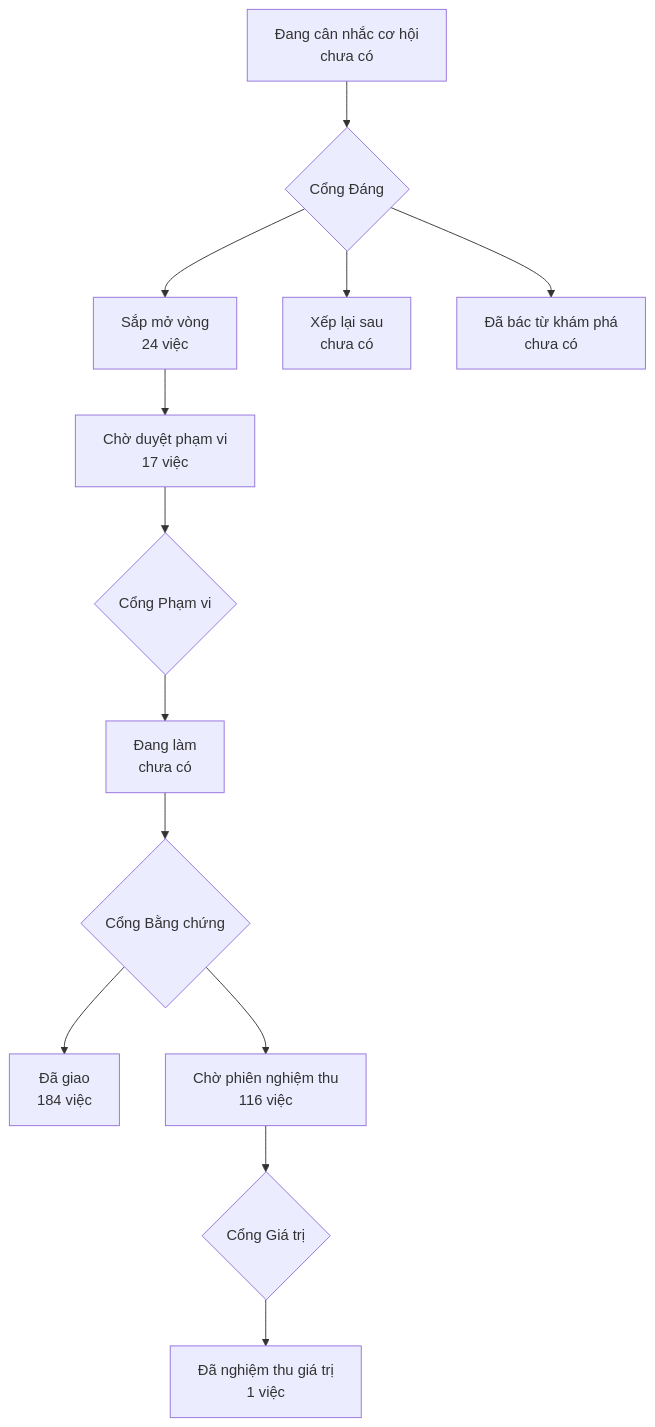
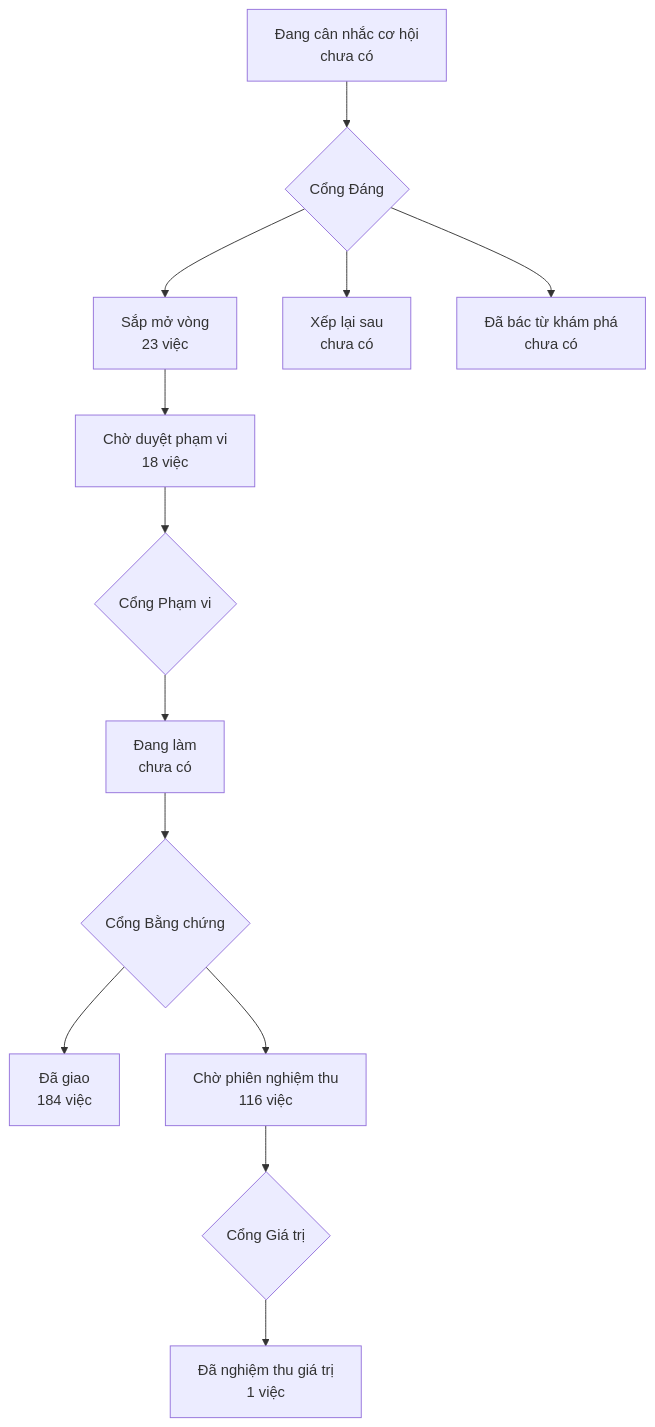
The diagram in PRODUCT-MAP.md (phanlemanh/onehub-invest), drawn with Mermaid before and after one commit. The commit also changed 1 other file, not shown here.

Commit message:
chore: vẽ lại PRODUCT-MAP/LO-TRINH (DA3 vào S1)

````diff
--- a/PRODUCT-MAP.md
+++ b/PRODUCT-MAP.md
@@ -7,12 +7,12 @@
 ```mermaid
 flowchart TD
   A["Đang cân nhắc cơ hội<br/>chưa có"] --> GD{"Cổng Đáng"}
-  GD --> B["Sắp mở vòng<br/>24 việc"]
+  GD --> B["Sắp mở vòng<br/>23 việc"]
   GD --> XL["Xếp lại sau<br/>chưa có"]
   GD --> DB["Đã bác từ khám phá<br/>chưa có"]
-  B --> CD["Chờ duyệt phạm vi<br/>17 việc"] --> GP{"Cổng Phạm vi"}
+  B --> CD["Chờ duyệt phạm vi<br/>18 việc"] --> GP{"Cổng Phạm vi"}
   GP --> DL["Đang làm<br/>chưa có"] --> GB{"Cổng Bằng chứng"}
   GB --> DG["Đã giao<br/>184 việc"]
   GB --> CN["Chờ phiên nghiệm thu<br/>116 việc"] --> GG{"Cổng Giá trị"}
   GG --> NT["Đã nghiệm thu giá trị<br/>1 việc"]
 ```
````
